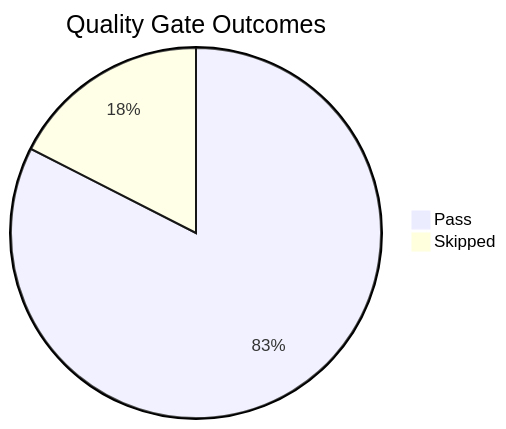
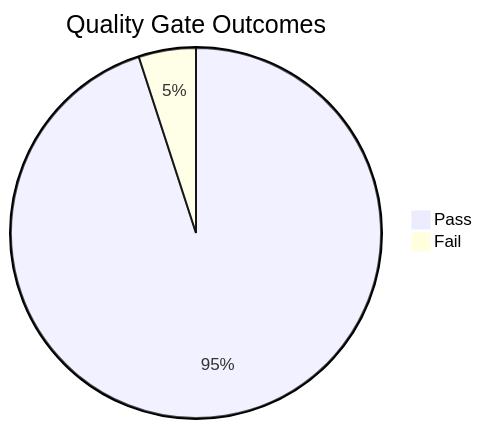
Before and after one commit to yeongseon/azure-app-service-practical-guide: the diagram in docs/meta/golden-status.md, drawn with Mermaid. The commit also changed other lines of this file, not shown here.

````diff
--- a/docs/meta/golden-status.md
+++ b/docs/meta/golden-status.md
@@ -42,5 +42,5 @@
 ```mermaid
 pie title Quality Gate Outcomes
-    "Pass" : 33
-    "Skipped" : 7
+    "Pass" : 38
+    "Fail" : 2
 ```
````
